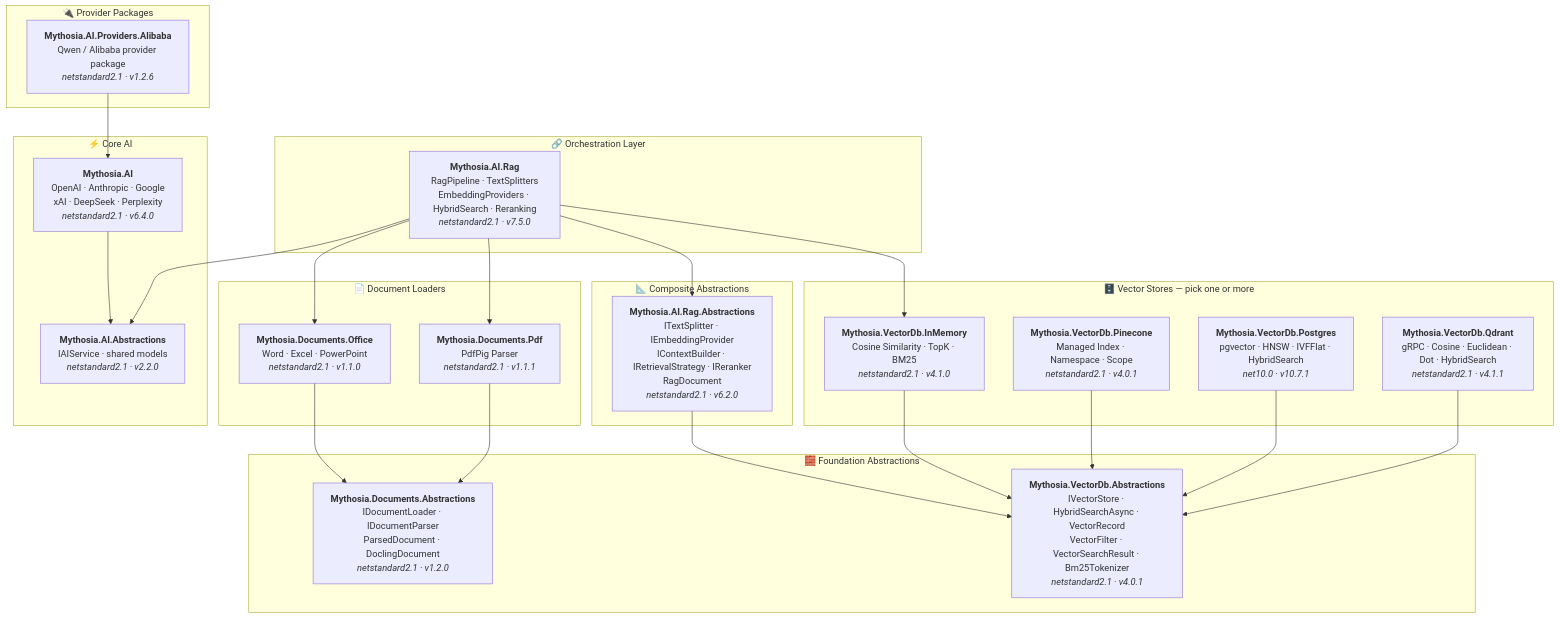
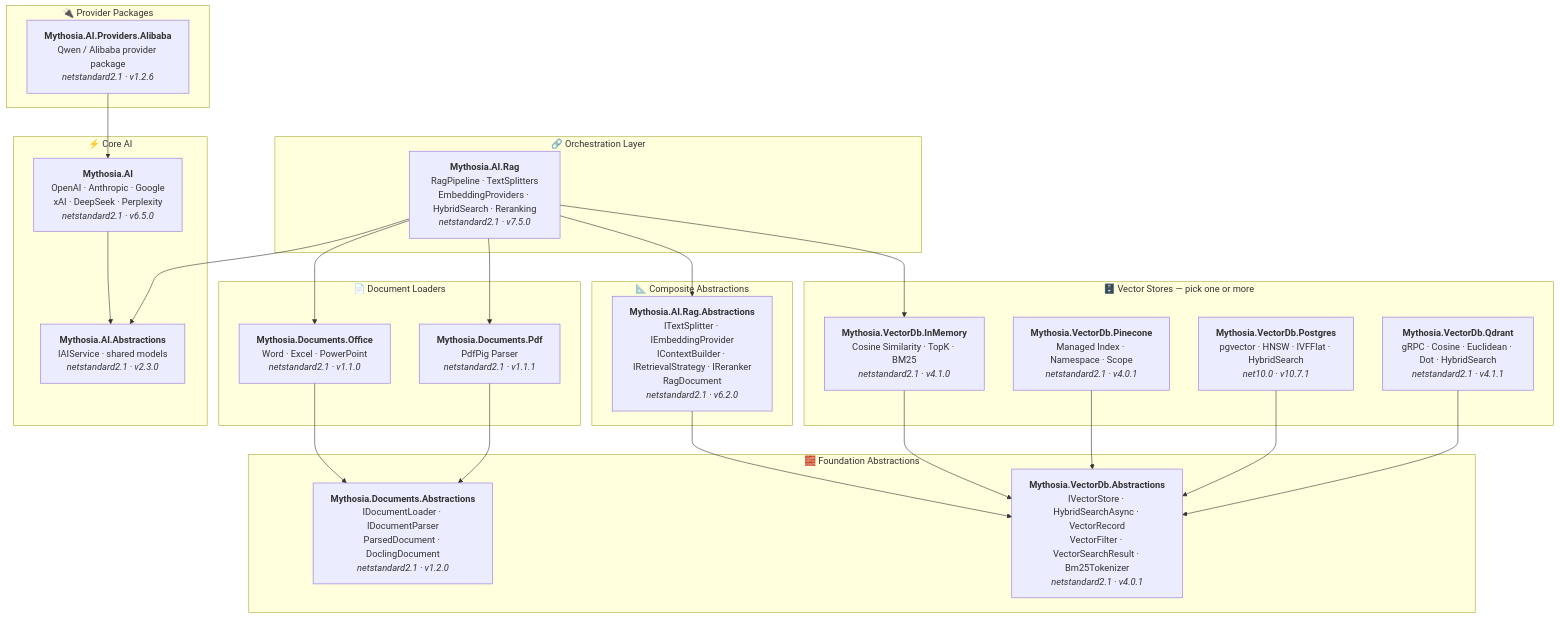
The diagram in README.md (AJ-comp/Mythosia.AI), drawn with Mermaid before and after one commit. The commit also changed 13 other files, not shown here.

First line of the commit message:
fix(samples): refresh ChatUI model catalog for v6.5.0 + sync docs diagrams

````diff
--- a/README.md
+++ b/README.md
@@ -47,62 +47,62 @@
 ```mermaid
 graph TD
     subgraph "🔗 Orchestration Layer"
         Rag["<b>Mythosia.AI.Rag</b><br/>RagPipeline · TextSplitters<br/>EmbeddingProviders · HybridSearch · Reranking<br/><i>netstandard2.1 · v7.5.0</i>"]
     end
 
     subgraph "⚡ Core AI"
-        AI["<b>Mythosia.AI</b><br/>OpenAI · Anthropic · Google<br/>xAI · DeepSeek · Perplexity<br/><i>netstandard2.1 · v6.4.0</i>"]
-        AIAbs["<b>Mythosia.AI.Abstractions</b><br/>IAIService · shared models<br/><i>netstandard2.1 · v2.2.0</i>"]
+        AI["<b>Mythosia.AI</b><br/>OpenAI · Anthropic · Google<br/>xAI · DeepSeek · Perplexity<br/><i>netstandard2.1 · v6.5.0</i>"]
+        AIAbs["<b>Mythosia.AI.Abstractions</b><br/>IAIService · shared models<br/><i>netstandard2.1 · v2.3.0</i>"]
     end
 
     subgraph "🔌 Provider Packages"
         Alibaba["<b>Mythosia.AI.Providers.Alibaba</b><br/>Qwen / Alibaba provider package<br/><i>netstandard2.1 · v1.2.6</i>"]
     end
 
     subgraph "📄 Document Loaders"
         Office["<b>Mythosia.Documents.Office</b><br/>Word · Excel · PowerPoint<br/><i>netstandard2.1 · v1.1.0</i>"]
         Pdf["<b>Mythosia.Documents.Pdf</b><br/>PdfPig Parser<br/><i>netstandard2.1 · v1.1.1</i>"]
     end
 
     subgraph "📐 Composite Abstractions"
         RagAbs["<b>Mythosia.AI.Rag.Abstractions</b><br/>ITextSplitter · IEmbeddingProvider<br/>IContextBuilder · IRetrievalStrategy · IReranker<br/>RagDocument<br/><i>netstandard2.1 · v6.2.0</i>"]
     end
 
     subgraph "🗄️ Vector Stores — pick one or more"
         InMem["<b>Mythosia.VectorDb.InMemory</b><br/>Cosine Similarity · TopK · BM25<br/><i>netstandard2.1 · v4.1.0</i>"]
         Pine["<b>Mythosia.VectorDb.Pinecone</b><br/>Managed Index · Namespace · Scope<br/><i>netstandard2.1 · v4.0.1</i>"]
         Pg["<b>Mythosia.VectorDb.Postgres</b><br/>pgvector · HNSW · IVFFlat · HybridSearch<br/><i>net10.0 · v10.7.1</i>"]
         Qd["<b>Mythosia.VectorDb.Qdrant</b><br/>gRPC · Cosine · Euclidean · Dot · HybridSearch<br/><i>netstandard2.1 · v4.1.1</i>"]
     end
 
     subgraph "🧱 Foundation Abstractions"
         LoaderAbs["<b>Mythosia.Documents.Abstractions</b><br/>IDocumentLoader · IDocumentParser<br/>ParsedDocument · DoclingDocument<br/><i>netstandard2.1 · v1.2.0</i>"]
         VdbAbs["<b>Mythosia.VectorDb.Abstractions</b><br/>IVectorStore · HybridSearchAsync · VectorRecord<br/>VectorFilter · VectorSearchResult · Bm25Tokenizer<br/><i>netstandard2.1 · v4.0.1</i>"]
     end
 
     %% Core AI internal
     AI --> AIAbs
 
     %% Orchestration → dependencies
     Rag --> AIAbs
     Rag --> Office
     Rag --> Pdf
     Rag --> RagAbs
     Rag --> InMem
 
     %% Provider packages → core
     Alibaba --> AI
 
     %% Composite → Foundation
     RagAbs --> VdbAbs
 
     %% Loaders → Foundation
     Office --> LoaderAbs
     Pdf --> LoaderAbs
 
     %% VectorStores → Foundation
     InMem --> VdbAbs
     Pine --> VdbAbs
     Pg --> VdbAbs
     Qd --> VdbAbs
 ```
````
